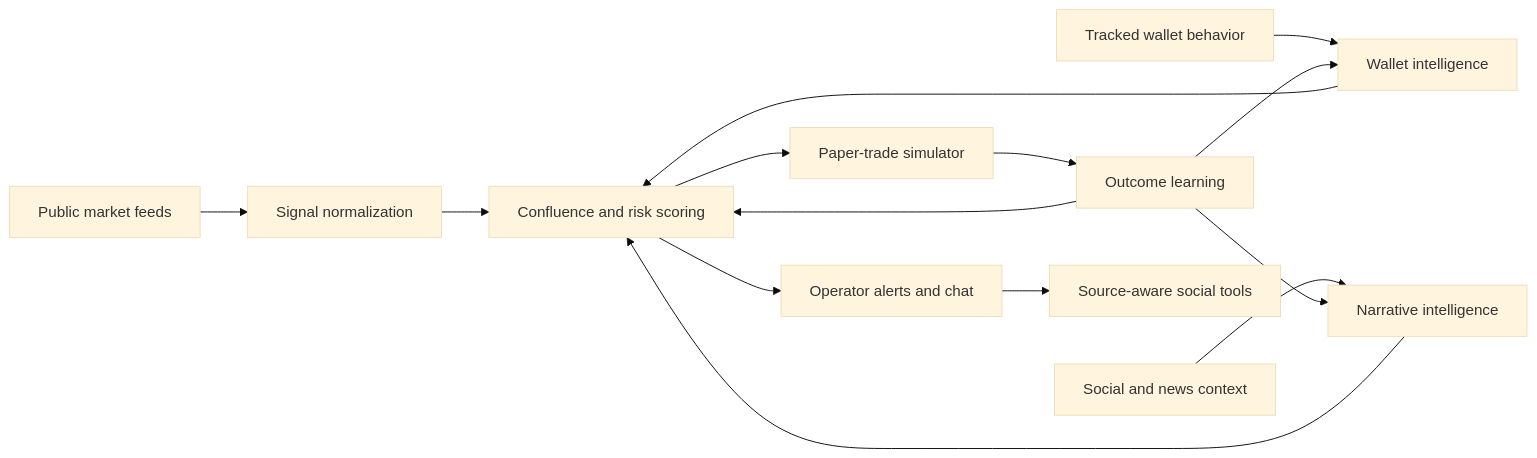
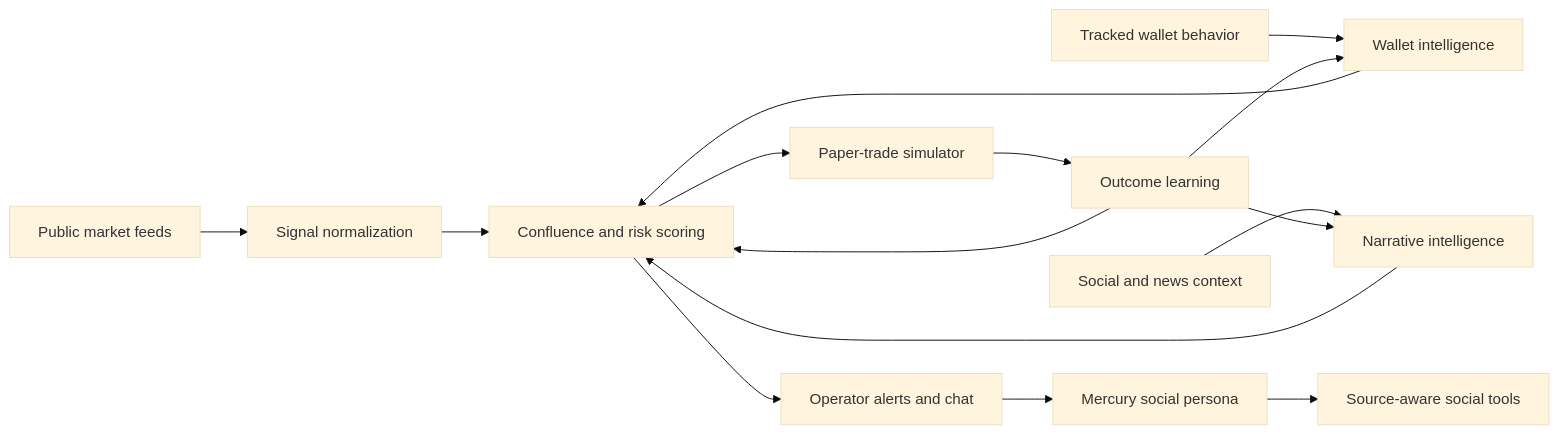
One commit to eclipseai-xx/eclipse-ai-public changed the diagram in README.md. Above: the diagram before and after it, drawn with Mermaid (base theme). The commit also changed other lines of this file and 6 other files, not shown here.

Commit message:
Document Mercury public persona

````diff
--- a/README.md
+++ b/README.md
@@ -42,16 +43,17 @@
 ```mermaid
 flowchart LR
   A["Public market feeds"] --> D["Signal normalization"]
   B["Tracked wallet behavior"] --> E["Wallet intelligence"]
   C["Social and news context"] --> F["Narrative intelligence"]
   D --> G["Confluence and risk scoring"]
   E --> G
   F --> G
   G --> H["Paper-trade simulator"]
   G --> I["Operator alerts and chat"]
   H --> J["Outcome learning"]
   J --> E
   J --> F
   J --> G
-  I --> K["Source-aware social tools"]
+  I --> K["Mercury social persona"]
+  K --> L["Source-aware social tools"]
 ```
````
